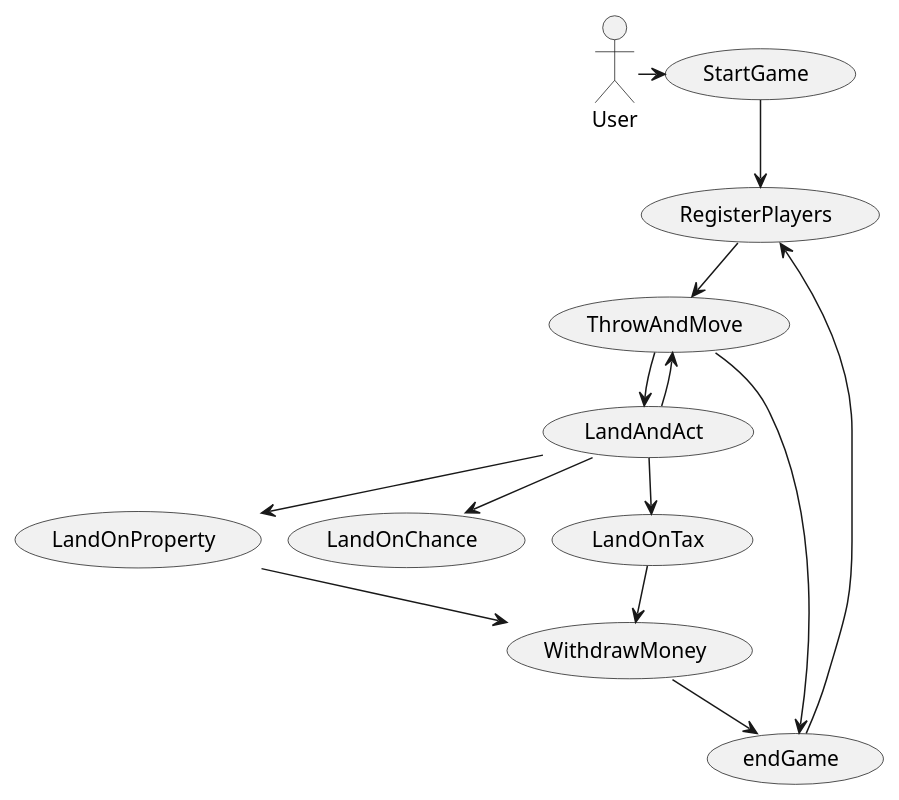
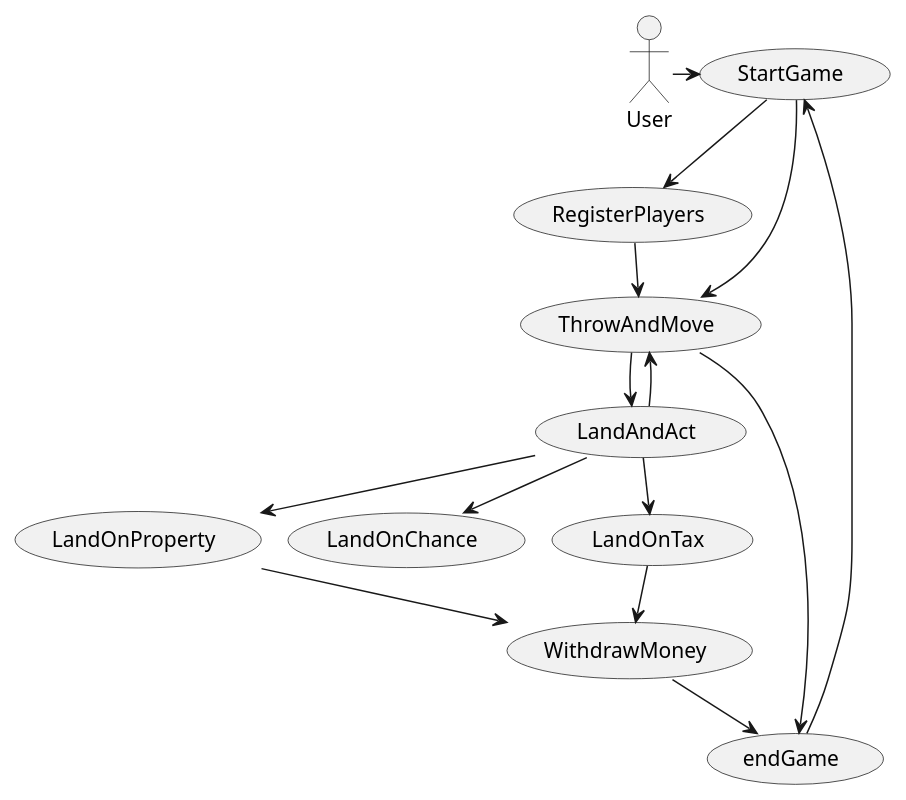
The diagram in doc/useCase_v0_toby.puml (Dat1Cphbusiness/MonopolyF25), drawn with PlantUML before and after one commit.

Commit message:
Toby_UseCase_v1

```diff
--- a/doc/useCase_v0_toby.puml
+++ b/doc/useCase_v0_toby.puml
@@ -1,35 +1,36 @@
 @startuml
 !pragma Layout smetana
 'https://plantuml.com/use-case-diagram
 
 usecase "StartGame" as UC1
 usecase "RegisterPlayers" as UC2
 usecase "ThrowAndMove" as UC3
 usecase "LandAndAct" as UC4
 usecase "endGame" as UC5
 usecase "WithdrawMoney" as UC6
 usecase "LandOnProperty" as UC7
 usecase "LandOnChance" as UC8
 usecase "LandOnTax" as UC9
 
 
 User -> (UC1)
 UC1 --> (UC2)
+UC1 --> (UC3)
 
 UC2 --> (UC3)
-UC5 -> (UC2)
+UC5 -> (UC1)
 
 UC3 --> (UC4)
 UC4 --> (UC3)
 UC3 -> (UC5)
 
 UC4 --> (UC7)
 UC4 --> (UC8)
 UC4 --> (UC9)
 
 UC7 --> (UC6)
 UC9 --> (UC6)
 
 UC6 --> (UC5)
 
 @enduml
```
